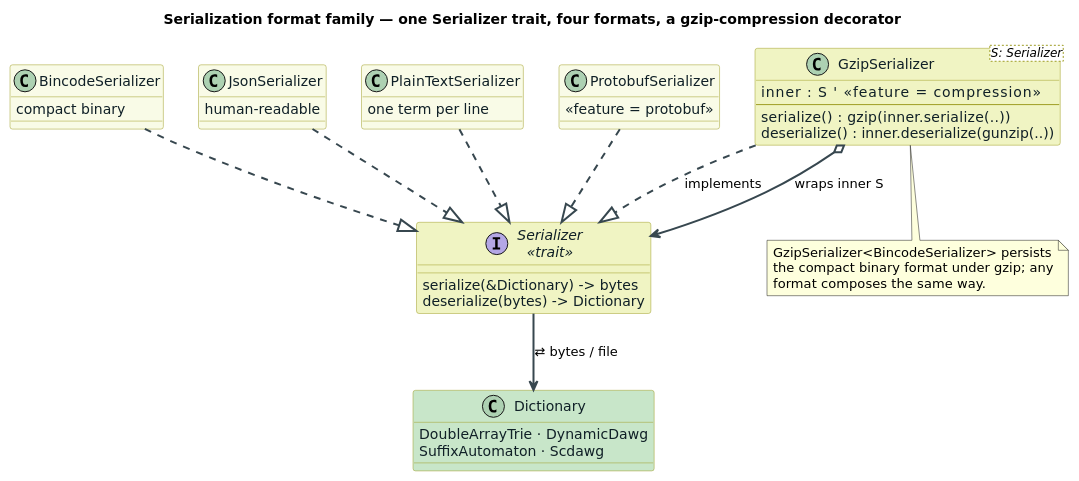
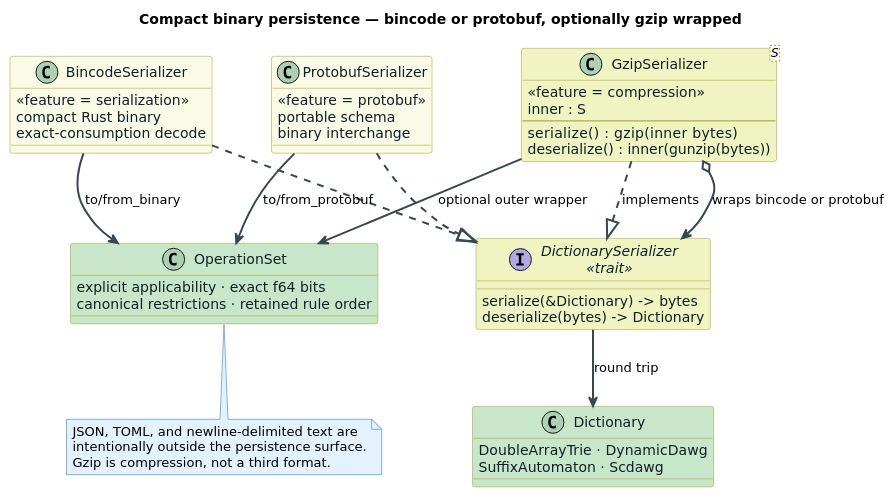
One commit to vinary-tree/liblevenshtein-rust changed the diagram in docs/diagrams/serialization/serialization-formats.puml. Above: the diagram before and after it, drawn with PlantUML. The commit also changed 444 other files, not shown here.

```diff
--- a/docs/diagrams/serialization/serialization-formats.puml
+++ b/docs/diagrams/serialization/serialization-formats.puml
@@ -1,72 +1,70 @@
 @startuml serialization-formats
-' The dictionary serialization format family (in libdictenstein, re-exported by
-' liblevenshtein::serialization). One Serializer trait abstracts persisting a
-' Dictionary to bytes / a file and reconstructing it; four concrete formats
-' implement it. GzipSerializer is a DECORATOR: it wraps any other serializer and
-' transparently adds gzip compression around the inner format's byte stream.
-' Color: serialization / bindings (lime) — the Dictionary node is dictionary-green
-'   to mark the type that is round-tripped.  Feature gates shown per format.
-'   src/serialization/mod.rs → libdictenstein::serialization::*
+' Supported compact dictionary and OperationSet persistence formats.
 skinparam backgroundColor #FFFFFF
 skinparam shadowing false
 skinparam defaultFontName "DejaVu Sans"
 skinparam class {
   BackgroundColor #F9FBE7
   BorderColor #9E9D24
   FontColor #102027
   AttributeFontColor #102027
 }
+skinparam note {
+  BackgroundColor #E3F2FD
+  BorderColor #1565C0
+}
 skinparam ArrowColor #37474F
 skinparam ArrowThickness 2
 
-title Serialization format family — one Serializer trait, four formats, a gzip-compression decorator
+title Compact binary persistence — bincode or protobuf, optionally gzip wrapped
 
-interface "Serializer\n«trait»" as Ser #F0F4C3 {
+interface "DictionarySerializer\n«trait»" as Ser #F0F4C3 {
   serialize(&Dictionary) -> bytes
   deserialize(bytes) -> Dictionary
 }
 
 class "BincodeSerializer" as Bin #F9FBE7 {
-  compact binary
+  «feature = serialization»
+  compact Rust binary
+  exact-consumption decode
 }
-class "JsonSerializer" as Json #F9FBE7 {
-  human-readable
-}
-class "PlainTextSerializer" as Txt #F9FBE7 {
-  one term per line
-}
+
 class "ProtobufSerializer" as Pb #F9FBE7 {
   «feature = protobuf»
+  portable schema
+  binary interchange
 }
 
-class "GzipSerializer<S: Serializer>" as Gz #F0F4C3 {
-  inner : S        ' «feature = compression»
+class "GzipSerializer<S>" as Gz #F0F4C3 {
+  «feature = compression»
+  inner : S
   --
-  serialize()   : gzip(inner.serialize(..))
-  deserialize() : inner.deserialize(gunzip(..))
+  serialize()   : gzip(inner bytes)
+  deserialize() : inner(gunzip(bytes))
 }
 
 class "Dictionary" as Dict #C8E6C9 {
   DoubleArrayTrie · DynamicDawg
   SuffixAutomaton · Scdawg
 }
 
-' Concrete formats implement the trait.
-Bin  ..|> Ser
-Json ..|> Ser
-Txt  ..|> Ser
-Pb   ..|> Ser
+class "OperationSet" as Ops #C8E6C9 {
+  explicit applicability · exact f64 bits
+  canonical restrictions · retained rule order
+}
 
-' Gzip is both a Serializer and a wrapper of one (decorator).
-Gz   ..|> Ser : implements
-Gz   o--> Ser : wraps inner S
+Bin ..|> Ser
+Pb  ..|> Ser
+Gz  ..|> Ser : implements
+Gz  o--> Ser : wraps bincode or protobuf
+Ser -down-> Dict : "round trip"
+Bin -down-> Ops : to/from_binary
+Pb -down-> Ops : to/from_protobuf
+Gz -down-> Ops : optional outer wrapper
 
-' A Serializer round-trips a Dictionary to/from bytes or a file.
-Ser  -down-> Dict : "⇄ bytes / file"
-
-note bottom of Gz
-  GzipSerializer<BincodeSerializer> persists
-  the compact binary format under gzip; any
-  format composes the same way.
+note bottom of Ops
+  JSON, TOML, and newline-delimited text are
+  intentionally outside the persistence surface.
+  Gzip is compression, not a third format.
 end note
 @enduml
```
